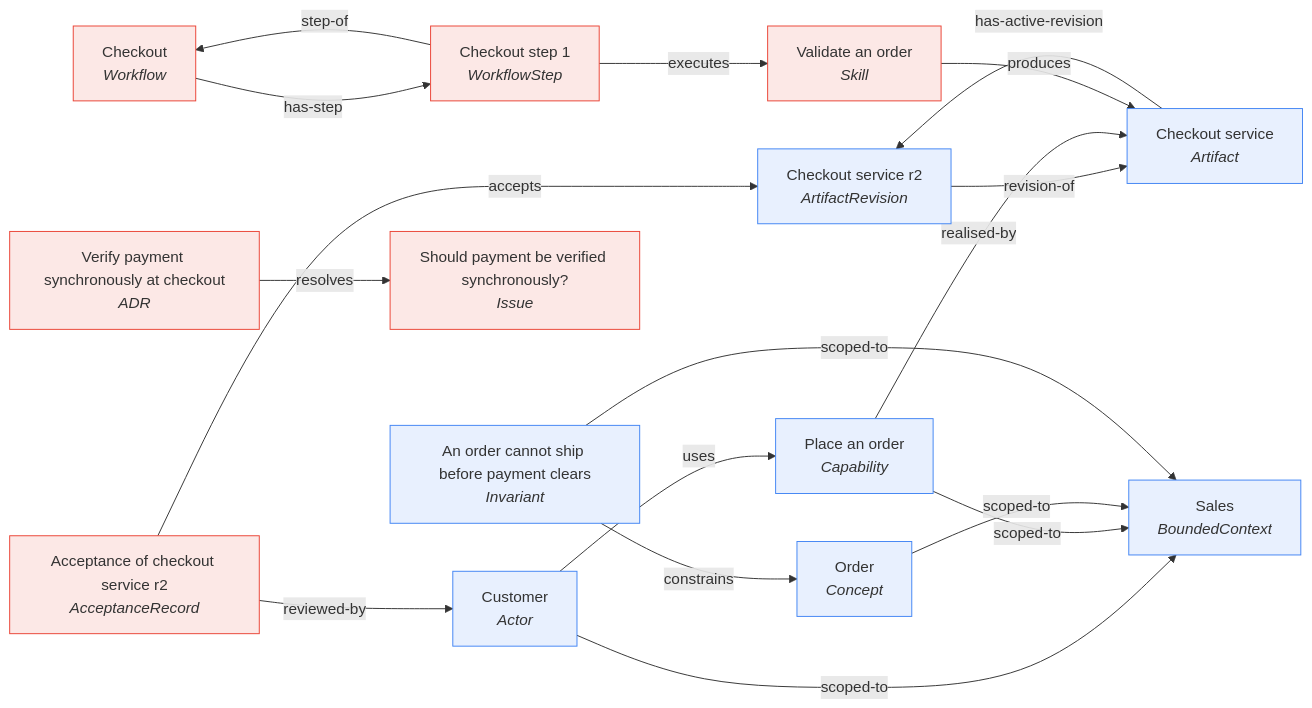
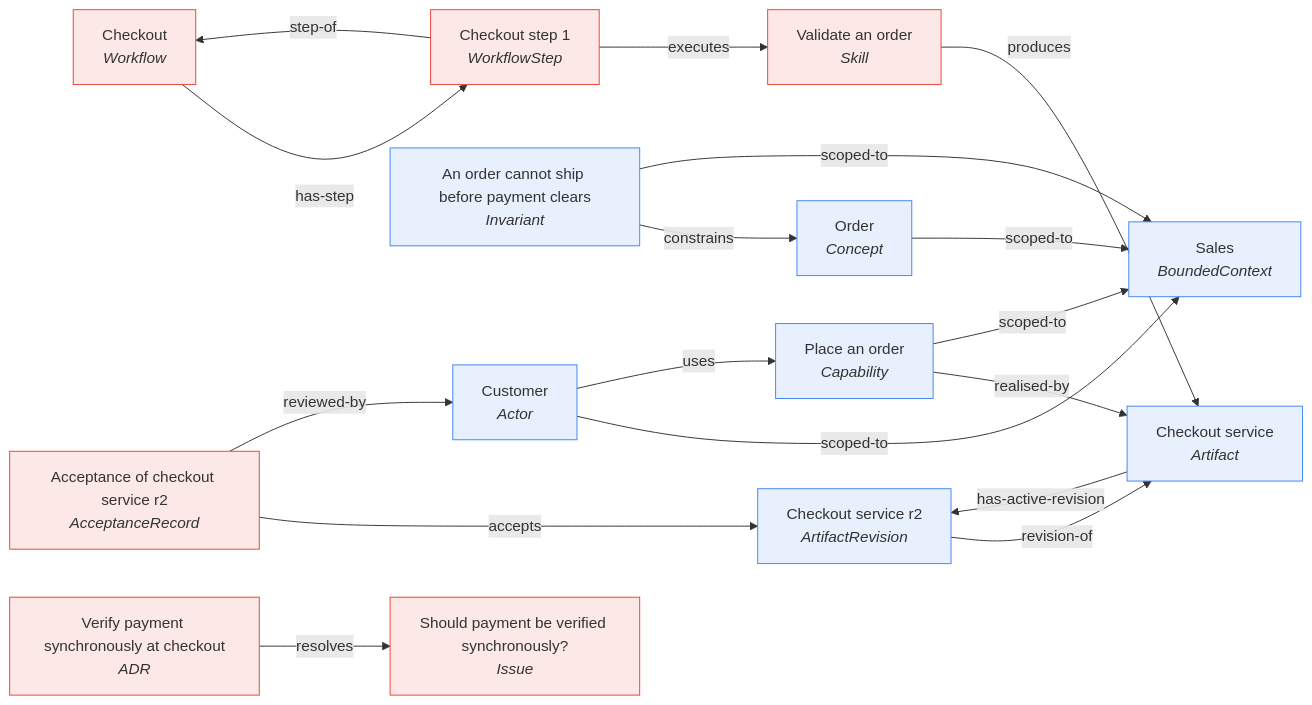
One commit to gpasquero/engineering-os changed the diagram in examples/tiny/build/graph.md. Above: the diagram before and after it, drawn with Mermaid. The commit also changed other lines of this file and 94 other files, not shown here.

````diff
--- a/examples/tiny/build/graph.md
+++ b/examples/tiny/build/graph.md
@@ -9,36 +10,36 @@
 ```mermaid
 graph LR
+  ADR_0001["Verify payment synchronously at checkout<br/><i>ADR</i>"]
   AcceptanceRecord_0001["Acceptance of checkout service r2<br/><i>AcceptanceRecord</i>"]
   Actor_Customer["Customer<br/><i>Actor</i>"]
-  ADR_0001["Verify payment synchronously at checkout<br/><i>ADR</i>"]
   Artifact_CheckoutService["Checkout service<br/><i>Artifact</i>"]
   ArtifactRevision_CheckoutService_r2["Checkout service r2<br/><i>ArtifactRevision</i>"]
   BoundedContext_Sales["Sales<br/><i>BoundedContext</i>"]
   Capability_PlaceOrder["Place an order<br/><i>Capability</i>"]
   Concept_Order["Order<br/><i>Concept</i>"]
   Invariant_PaymentBeforeShipping["An order cannot ship before payment clears<br/><i>Invariant</i>"]
   Issue_0001["Should payment be verified synchronously?<br/><i>Issue</i>"]
   Skill_ValidateOrder["Validate an order<br/><i>Skill</i>"]
   Workflow_Checkout["Checkout<br/><i>Workflow</i>"]
   WorkflowStep_Checkout_1["Checkout step 1<br/><i>WorkflowStep</i>"]
+  ADR_0001 -->|resolves| Issue_0001
   AcceptanceRecord_0001 -->|accepts| ArtifactRevision_CheckoutService_r2
   AcceptanceRecord_0001 -->|reviewed-by| Actor_Customer
   Actor_Customer -->|scoped-to| BoundedContext_Sales
   Actor_Customer -->|uses| Capability_PlaceOrder
-  ADR_0001 -->|resolves| Issue_0001
   Artifact_CheckoutService -->|has-active-revision| ArtifactRevision_CheckoutService_r2
   ArtifactRevision_CheckoutService_r2 -->|revision-of| Artifact_CheckoutService
+  Capability_PlaceOrder -->|realised-by| Artifact_CheckoutService
   Capability_PlaceOrder -->|scoped-to| BoundedContext_Sales
-  Capability_PlaceOrder -->|realised-by| Artifact_CheckoutService
   Concept_Order -->|scoped-to| BoundedContext_Sales
+  Invariant_PaymentBeforeShipping -->|constrains| Concept_Order
   Invariant_PaymentBeforeShipping -->|scoped-to| BoundedContext_Sales
-  Invariant_PaymentBeforeShipping -->|constrains| Concept_Order
   Skill_ValidateOrder -->|produces| Artifact_CheckoutService
   Workflow_Checkout -->|has-step| WorkflowStep_Checkout_1
+  WorkflowStep_Checkout_1 -->|executes| Skill_ValidateOrder
   WorkflowStep_Checkout_1 -->|step-of| Workflow_Checkout
-  WorkflowStep_Checkout_1 -->|executes| Skill_ValidateOrder
   class Actor_Customer,Artifact_CheckoutService,ArtifactRevision_CheckoutService_r2,BoundedContext_Sales,Capability_PlaceOrder,Concept_Order,Invariant_PaymentBeforeShipping descriptive;
-  class AcceptanceRecord_0001,ADR_0001,Issue_0001,Skill_ValidateOrder,Workflow_Checkout,WorkflowStep_Checkout_1 operational;
+  class ADR_0001,AcceptanceRecord_0001,Issue_0001,Skill_ValidateOrder,Workflow_Checkout,WorkflowStep_Checkout_1 operational;
   classDef descriptive fill:#e8f0fe,stroke:#4285f4;
   classDef operational fill:#fce8e6,stroke:#ea4335;
 ```
````
